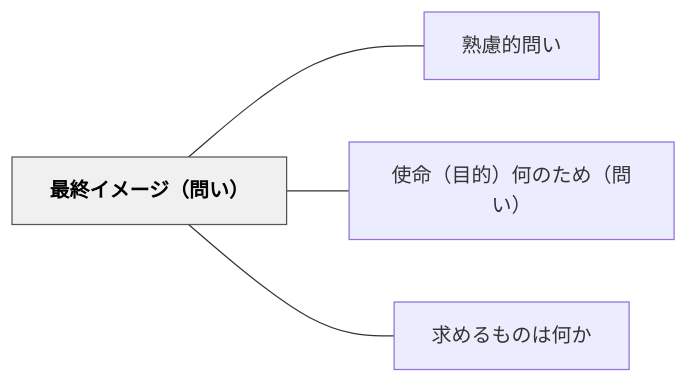
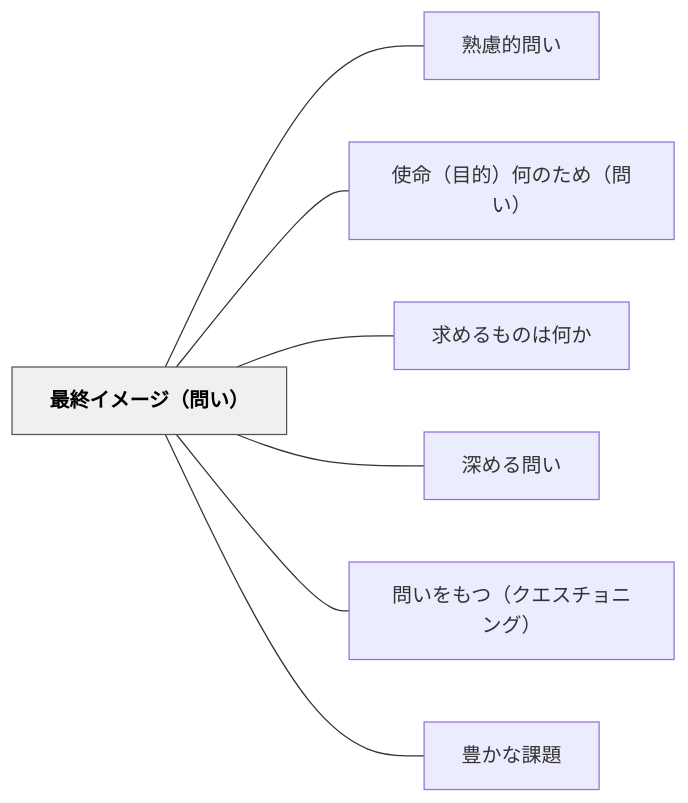
Before and after one commit to unknownthings-ed-patterns/unknownthings-ed-patterns: the diagram in content/パタン/最終イメージ（問い）.md, drawn with Mermaid. The commit also changed other lines of this file and 71 other files, not shown here.

````diff
--- a/content/パタン/最終イメージ（問い）.md
+++ b/content/パタン/最終イメージ（問い）.md
@@ -40,14 +43,20 @@
 ```mermaid
 flowchart LR
     ne69c80e7b582e382a4e383a1e383bce382b8efbc88e5958fe38184efbc89["最終イメージ（問い）"]
     ne7869fe685aee79a84e5958fe38184["熟慮的問い"]
     ne4bdbfe591bdefbc88e79baee79a84efbc89e4bd95e381aee3819fe38281efbc88e5958fe38184efbc89["使命（目的）何のため（問い）"]
     ne6b182e38281e3828be38282e381aee381afe4bd95e3818b["求めるものは何か"]
+    ne6b7b1e38281e3828be5958fe38184["深める問い"]
+    ne5958fe38184e38292e38282e381a4efbc88e382afe382a8e382b9e38381e383a7e3838be383b3e382b0efbc89["問いをもつ（クエスチョニング）"]
+    ne8b18ae3818be381aae8aab2e9a18c["豊かな課題"]
 
     ne69c80e7b582e382a4e383a1e383bce382b8efbc88e5958fe38184efbc89 --- ne7869fe685aee79a84e5958fe38184
     ne69c80e7b582e382a4e383a1e383bce382b8efbc88e5958fe38184efbc89 --- ne4bdbfe591bdefbc88e79baee79a84efbc89e4bd95e381aee3819fe38281efbc88e5958fe38184efbc89
     ne69c80e7b582e382a4e383a1e383bce382b8efbc88e5958fe38184efbc89 --- ne6b182e38281e3828be38282e381aee381afe4bd95e3818b
+    ne69c80e7b582e382a4e383a1e383bce382b8efbc88e5958fe38184efbc89 --- ne6b7b1e38281e3828be5958fe38184
+    ne69c80e7b582e382a4e383a1e383bce382b8efbc88e5958fe38184efbc89 --- ne5958fe38184e38292e38282e381a4efbc88e382afe382a8e382b9e38381e383a7e3838be383b3e382b0efbc89
+    ne69c80e7b582e382a4e383a1e383bce382b8efbc88e5958fe38184efbc89 --- ne8b18ae3818be381aae8aab2e9a18c
 
     classDef hub fill:#f0f0f0,stroke:#555,color:#000,font-weight:bold
     class ne69c80e7b582e382a4e383a1e383bce382b8efbc88e5958fe38184efbc89 hub
 ```
````
